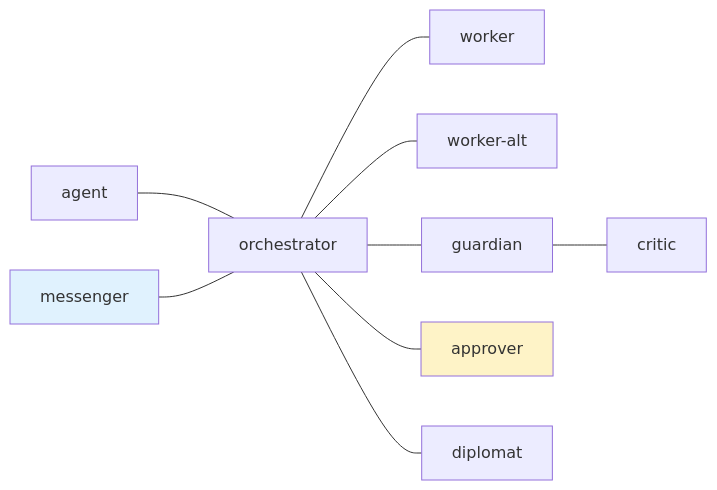
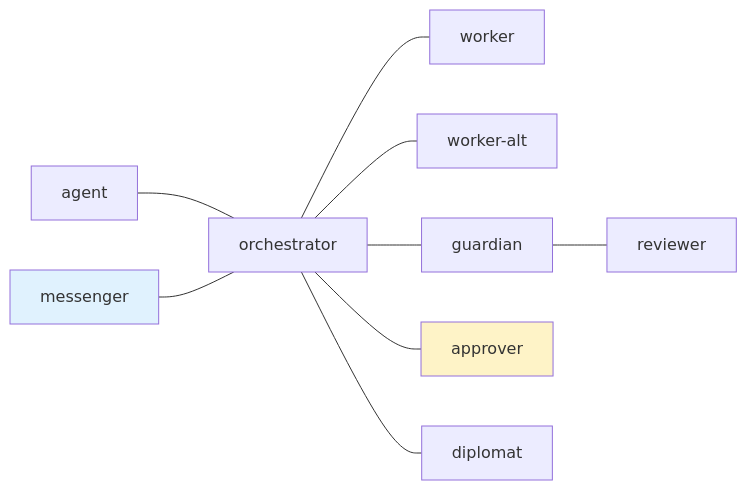
One commit to i9wa4/tmux-a2a-postman changed the diagram in internal/config/testdata/postman-with-templates.md. Above: the diagram before and after it, drawn with Mermaid. The commit also changed other lines of this file and 2 other files, not shown here.

Commit message:
test(config): use generic review role fixtures (#1024)

````diff
--- a/internal/config/testdata/postman-with-templates.md
+++ b/internal/config/testdata/postman-with-templates.md
@@ -13,15 +13,15 @@
 ```mermaid
 graph LR
     agent --- orchestrator
     messenger --- orchestrator
     orchestrator --- worker
     orchestrator --- worker-alt
     orchestrator --- guardian
     orchestrator --- approver
     orchestrator --- diplomat
-    guardian --- critic
+    guardian --- reviewer
     class messenger interface_node
     class approver command_approver_node
     classDef interface_node fill:#e0f2fe
     classDef command_approver_node fill:#fef3c7
 ```
````
